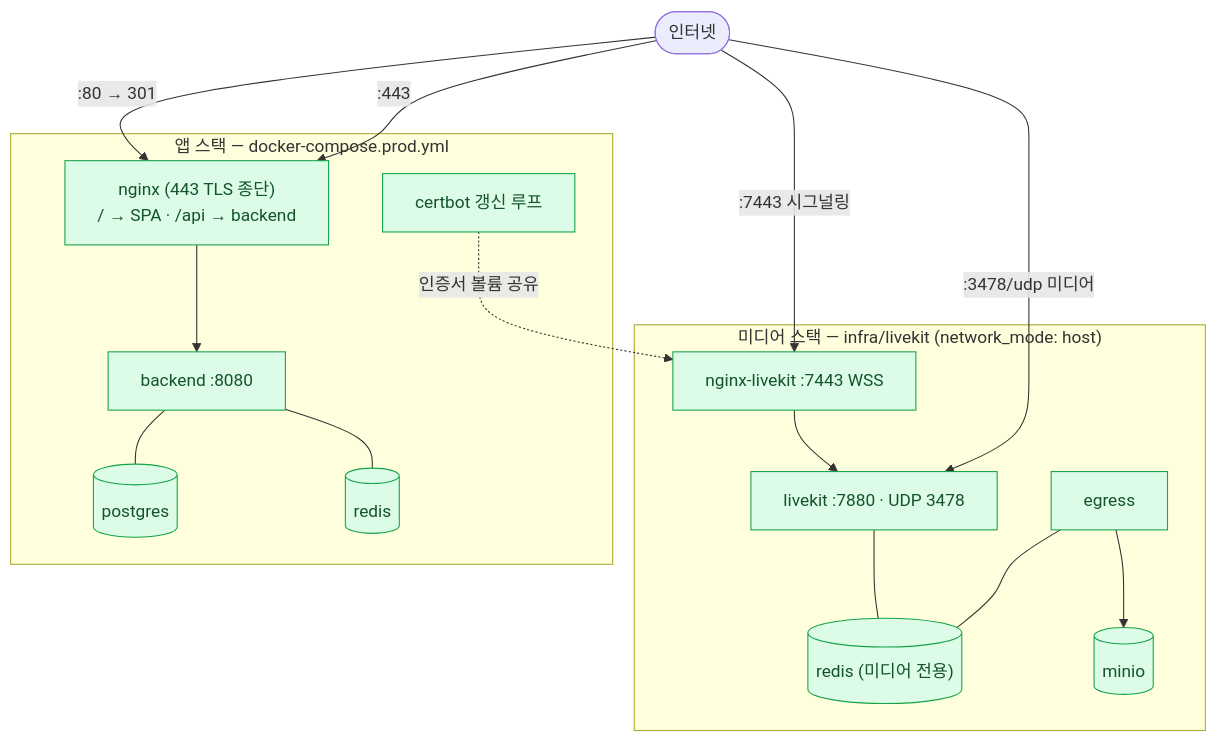
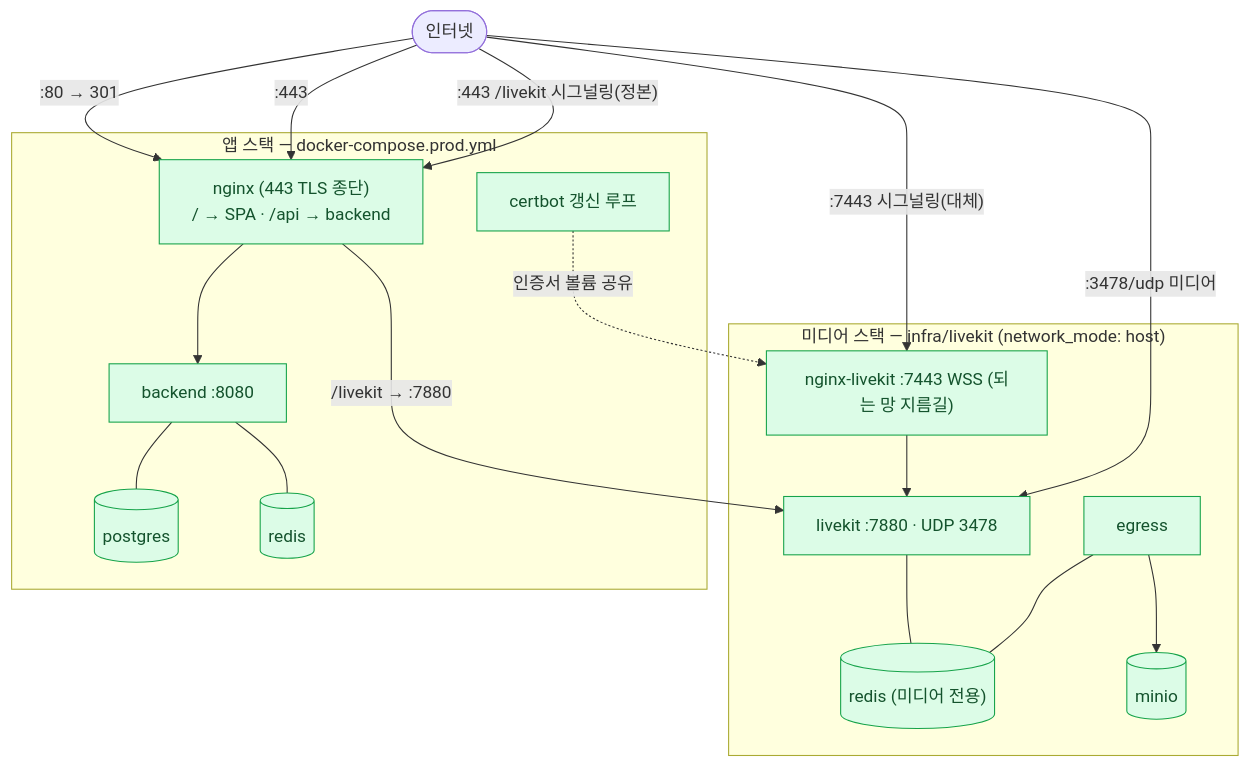
One commit to thdwjdrl401/jiphyeonjeon changed the eighth of 8 diagrams in docs/ARCHITECTURE.md. Above: the diagram before and after it, drawn with Mermaid. The commit also changed 1 other file, not shown here.

Commit message:
fix(infra): 로컬 개발 기본값과 아키텍처 문서까지 새 경로로 맞춘다
전수 점검에서 셋을 더 찾았다.

application.yml 기본값이 :7443이었다. 로컬 개발자도 같은 망에 있을 수 있어
기본값 자체를 안전한 쪽(443 /livekit)에 둔다.

ARCHITECTURE 다이어그램이 7443만 그리고 있었다. 정본 경로가 443 /livekit이고
7443은 되는 망의 지름길이라는 것을 그림에 반영한다.

CREDENTIALS.txt의 LIVEKIT_WS_URL은 레포에 소비처가 없다(백엔드 env로 새어
들어가지만 Spring이 바인딩하지 않는다). 7443을 가리키고 GPU 에이전트 쪽이
그 포트를 쓰므로 그대로 둔다.

ADR-0078

````diff
--- a/docs/ARCHITECTURE.md
+++ b/docs/ARCHITECTURE.md
@@ -352,37 +352,39 @@
 ```mermaid
 flowchart TB
   classDef built fill:#dcfce7,stroke:#16a34a,color:#14532d
 
   NET(["인터넷"])
 
   subgraph APP["앱 스택 — docker-compose.prod.yml"]
     NGX["nginx (443 TLS 종단)<br/>/ → SPA · /api → backend"]
     BE["backend :8080"]
     PGC[("postgres")]
     RDC[("redis")]
     CB["certbot 갱신 루프"]
   end
 
   subgraph MED["미디어 스택 — infra/livekit (network_mode: host)"]
-    NGL["nginx-livekit :7443 WSS"]
+    NGL["nginx-livekit :7443 WSS (되는 망 지름길)"]
     LKC["livekit :7880 · UDP 3478"]
     EGC["egress"]
     MIO[("minio")]
     RDL[("redis (미디어 전용)")]
   end
 
   NET -->|":80 → 301"| NGX
   NET -->|":443"| NGX
-  NET -->|":7443 시그널링"| NGL
+  NET -->|":443 /livekit 시그널링(정본)"| NGX
+  NET -->|":7443 시그널링(대체)"| NGL
   NET -->|":3478/udp 미디어"| LKC
   NGX --> BE
+  NGX -->|"/livekit → :7880"| LKC
   BE --- PGC
   BE --- RDC
   NGL --> LKC
   LKC --- RDL
   EGC --- RDL
   EGC --> MIO
   CB -.->|"인증서 볼륨 공유"| NGL
 
   class NGX,BE,PGC,RDC,CB,NGL,LKC,EGC,MIO,RDL built
 ```
````
